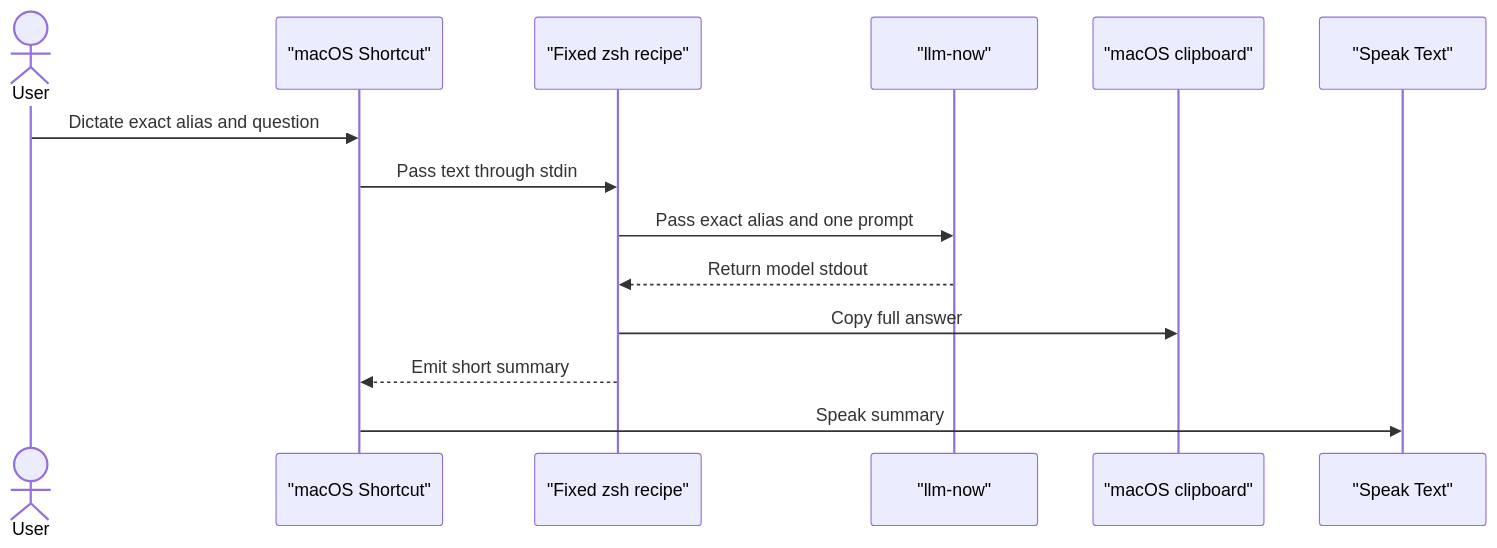
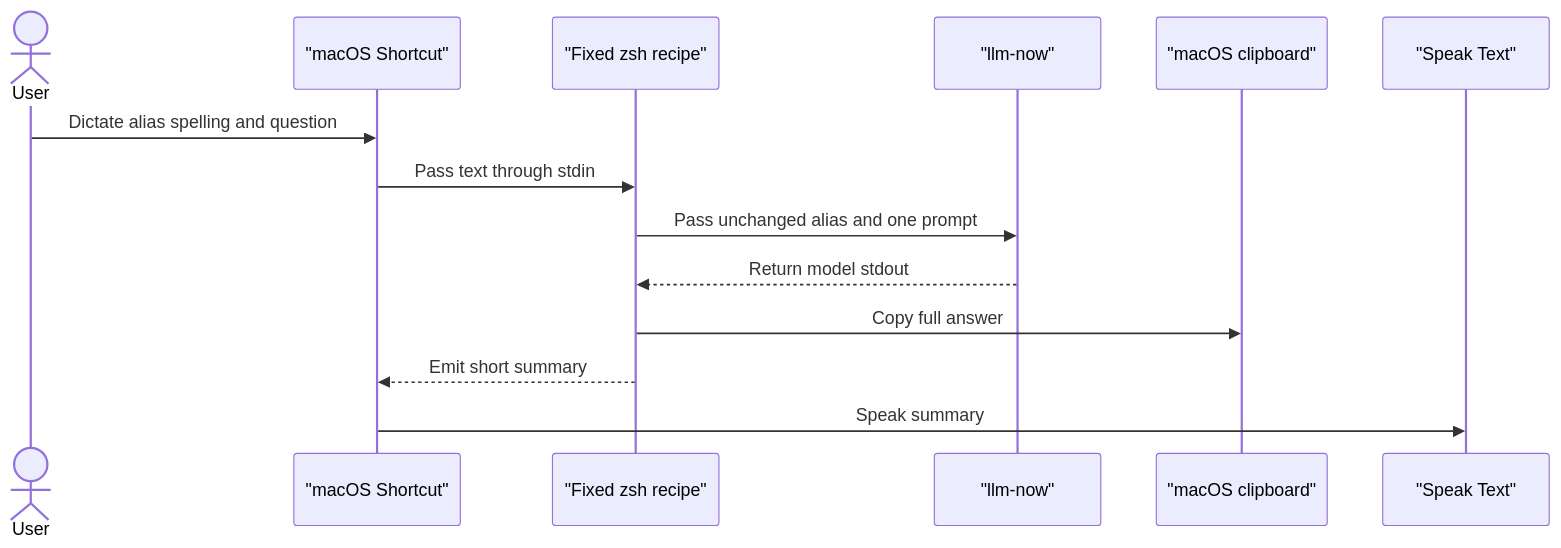
Before and after one commit to swartzrock/llm-now: the second of 3 diagrams in docs/plans/2026-07-30-001-feat-macos-voice-shortcut-plan.md, drawn with Mermaid. The commit also changed other lines of this file and 4 other files, not shown here.

````diff
--- a/docs/plans/2026-07-30-001-feat-macos-voice-shortcut-plan.md
+++ b/docs/plans/2026-07-30-001-feat-macos-voice-shortcut-plan.md
@@ -189,17 +189,17 @@
 ```mermaid
 sequenceDiagram
   actor User
   participant Shortcut as "macOS Shortcut"
   participant Recipe as "Fixed zsh recipe"
   participant CLI as "llm-now"
   participant Clipboard as "macOS clipboard"
   participant Speech as "Speak Text"
 
-  User->>Shortcut: Dictate exact alias and question
+  User->>Shortcut: Dictate alias spelling and question
   Shortcut->>Recipe: Pass text through stdin
-  Recipe->>CLI: Pass exact alias and one prompt
+  Recipe->>CLI: Pass unchanged alias and one prompt
   CLI-->>Recipe: Return model stdout
   Recipe->>Clipboard: Copy full answer
   Recipe-->>Shortcut: Emit short summary
   Shortcut->>Speech: Speak summary
 ```
````
